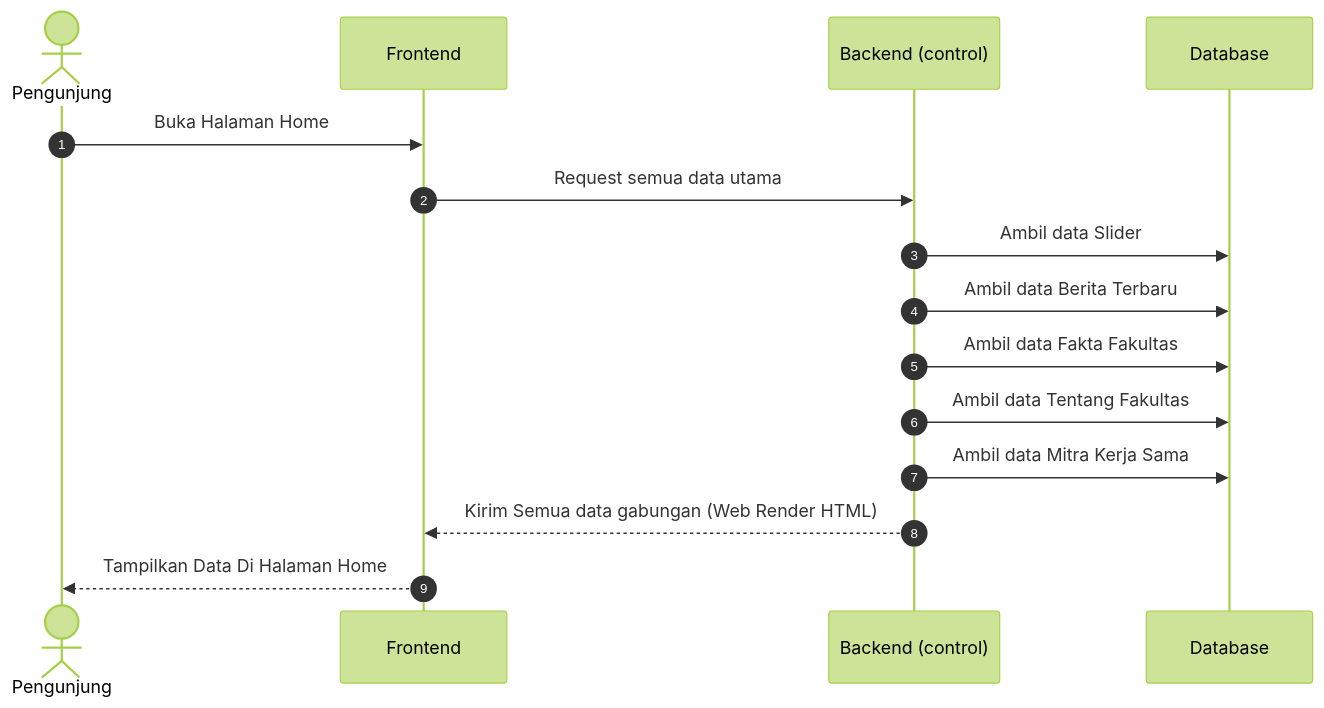
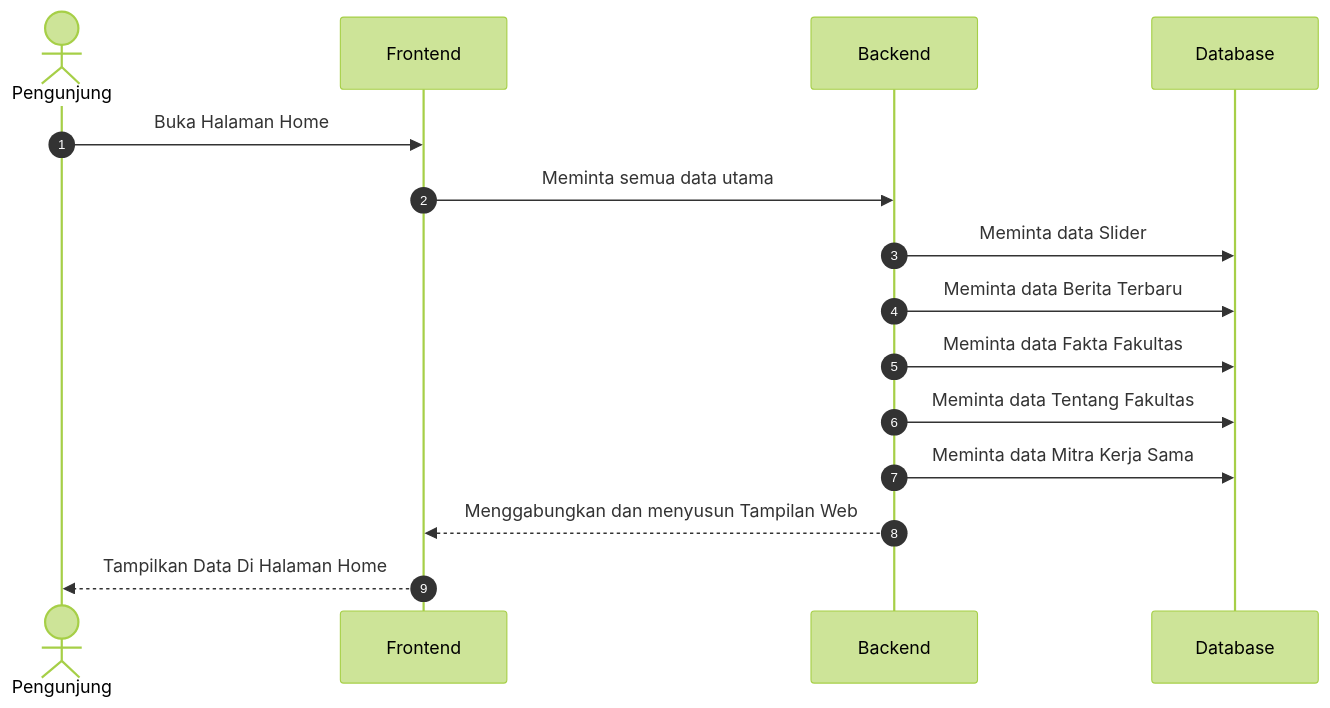
One commit to arbain-dev/Web_fikom changed the first of 22 diagrams in docs/kumpulan_sequence_frontend.md. Above: the diagram before and after it, drawn with Mermaid (forest theme). The commit also changed other lines of this file and 1 other file, not shown here.

Commit message:
docs: menyederhanakan bahasa teknikal (query, render, html, http, json) menjadi perbendaharaan operasional sederhana di diagram aktivitas public frontend

````diff
--- a/docs/kumpulan_sequence_frontend.md
+++ b/docs/kumpulan_sequence_frontend.md
@@ -4,21 +4,21 @@
 ```mermaid
 sequenceDiagram
     autonumber
     
     actor User as Pengunjung
-    participant Frontend
-    participant Backend as Backend (control)
-    participant DB as Database
+    participant Frontend as Frontend
+    participant Backend as Backend
+    participant Database as Database
 
     User->>Frontend: Buka Halaman Home
-    Frontend->>Backend: Request semua data utama
+    Frontend->>Backend: Meminta semua data utama
     
-    Backend->>DB: Ambil data Slider
-    Backend->>DB: Ambil data Berita Terbaru
-    Backend->>DB: Ambil data Fakta Fakultas
-    Backend->>DB: Ambil data Tentang Fakultas
-    Backend->>DB: Ambil data Mitra Kerja Sama
+    Backend->>Database: Meminta data Slider
+    Backend->>Database: Meminta data Berita Terbaru
+    Backend->>Database: Meminta data Fakta Fakultas
+    Backend->>Database: Meminta data Tentang Fakultas
+    Backend->>Database: Meminta data Mitra Kerja Sama
     
-    Backend-->>Frontend: Kirim Semua data gabungan (Web Render HTML)
+    Backend-->>Frontend: Menggabungkan dan menyusun Tampilan Web
     Frontend-->>User: Tampilkan Data Di Halaman Home
 ```
````
